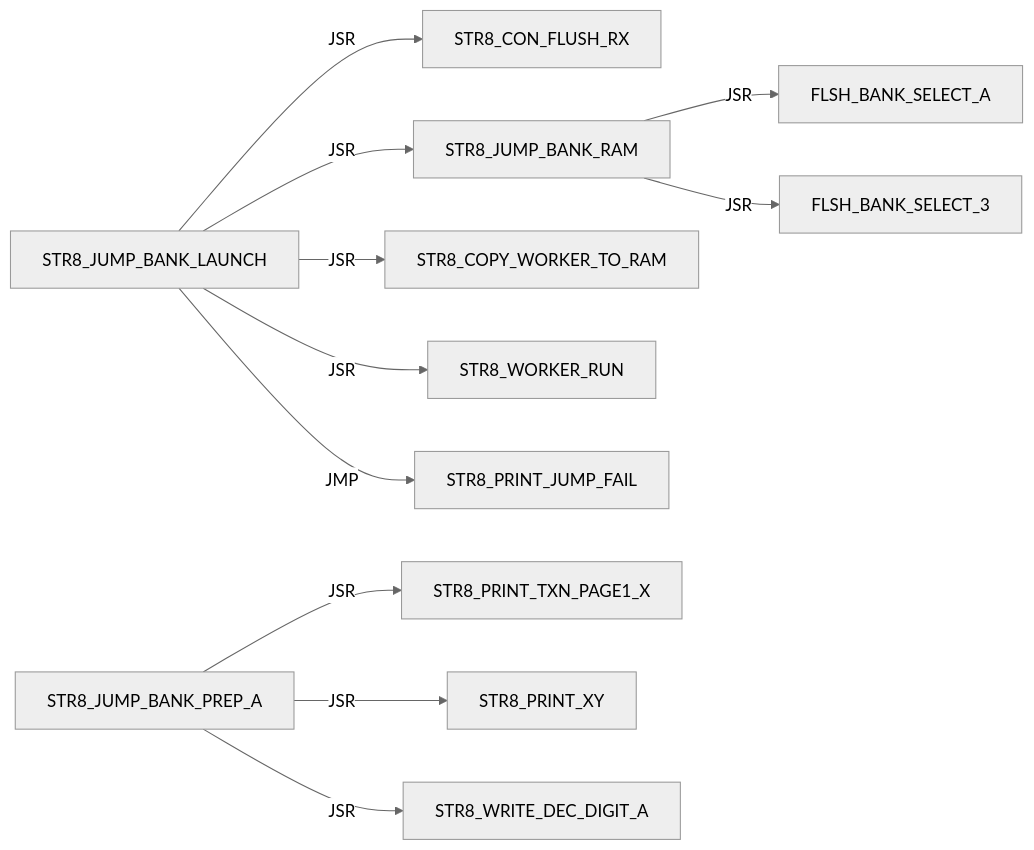
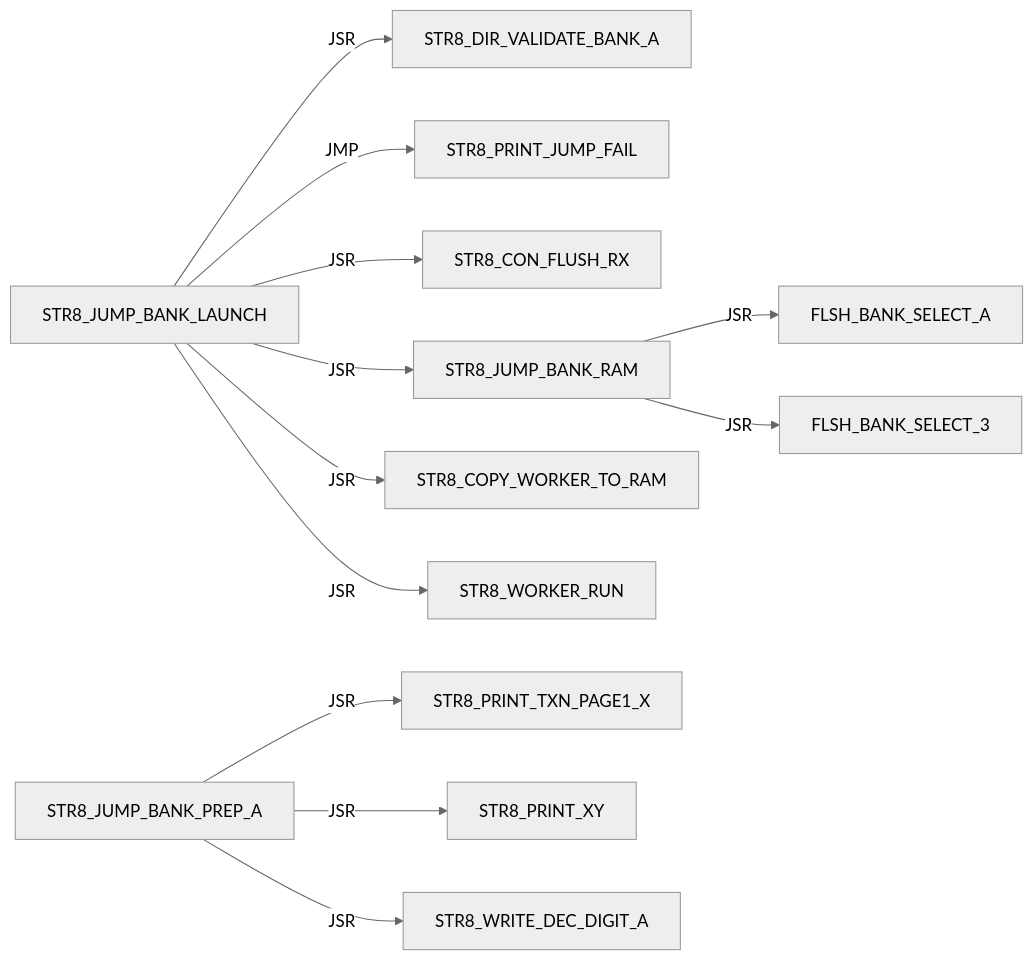
Diagram 21 of 42 in DOC/GUIDES/STR8/STR8_EDGE_DUMP.md (95westus/R-YORS), drawn with Mermaid (neutral theme) before and after one commit. The commit also changed other lines of this file and 65 other files, not shown here.

Commit message:
STR8: enforce split-worker service ownership

````diff
--- a/DOC/GUIDES/STR8/STR8_EDGE_DUMP.md
+++ b/DOC/GUIDES/STR8/STR8_EDGE_DUMP.md
@@ -296,13 +296,14 @@
 ```mermaid
 flowchart LR
-    N0["STR8_JUMP_BANK_LAUNCH"] -->|JSR| N1["STR8_CON_FLUSH_RX"]
-    N0["STR8_JUMP_BANK_LAUNCH"] -->|JSR| N2["STR8_JUMP_BANK_RAM"]
-    N0["STR8_JUMP_BANK_LAUNCH"] -->|JSR| N3["STR8_COPY_WORKER_TO_RAM"]
-    N0["STR8_JUMP_BANK_LAUNCH"] -->|JSR| N4["STR8_WORKER_RUN"]
-    N0["STR8_JUMP_BANK_LAUNCH"] -->|JMP| N5["STR8_PRINT_JUMP_FAIL"]
-    N6["STR8_JUMP_BANK_PREP_A"] -->|JSR| N7["STR8_PRINT_TXN_PAGE1_X"]
-    N6["STR8_JUMP_BANK_PREP_A"] -->|JSR| N8["STR8_PRINT_XY"]
-    N6["STR8_JUMP_BANK_PREP_A"] -->|JSR| N9["STR8_WRITE_DEC_DIGIT_A"]
-    N2["STR8_JUMP_BANK_RAM"] -->|JSR| N10["FLSH_BANK_SELECT_A"]
-    N2["STR8_JUMP_BANK_RAM"] -->|JSR| N11["FLSH_BANK_SELECT_3"]
+    N0["STR8_JUMP_BANK_LAUNCH"] -->|JSR| N1["STR8_DIR_VALIDATE_BANK_A"]
+    N0["STR8_JUMP_BANK_LAUNCH"] -->|JMP| N2["STR8_PRINT_JUMP_FAIL"]
+    N0["STR8_JUMP_BANK_LAUNCH"] -->|JSR| N3["STR8_CON_FLUSH_RX"]
+    N0["STR8_JUMP_BANK_LAUNCH"] -->|JSR| N4["STR8_JUMP_BANK_RAM"]
+    N0["STR8_JUMP_BANK_LAUNCH"] -->|JSR| N5["STR8_COPY_WORKER_TO_RAM"]
+    N0["STR8_JUMP_BANK_LAUNCH"] -->|JSR| N6["STR8_WORKER_RUN"]
+    N7["STR8_JUMP_BANK_PREP_A"] -->|JSR| N8["STR8_PRINT_TXN_PAGE1_X"]
+    N7["STR8_JUMP_BANK_PREP_A"] -->|JSR| N9["STR8_PRINT_XY"]
+    N7["STR8_JUMP_BANK_PREP_A"] -->|JSR| N10["STR8_WRITE_DEC_DIGIT_A"]
+    N4["STR8_JUMP_BANK_RAM"] -->|JSR| N11["FLSH_BANK_SELECT_A"]
+    N4["STR8_JUMP_BANK_RAM"] -->|JSR| N12["FLSH_BANK_SELECT_3"]
 ```
````
